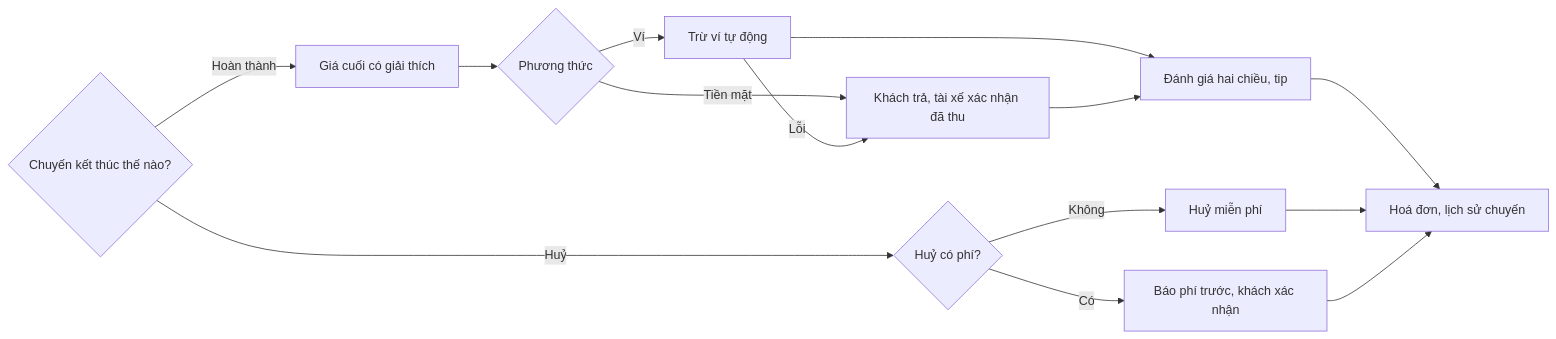
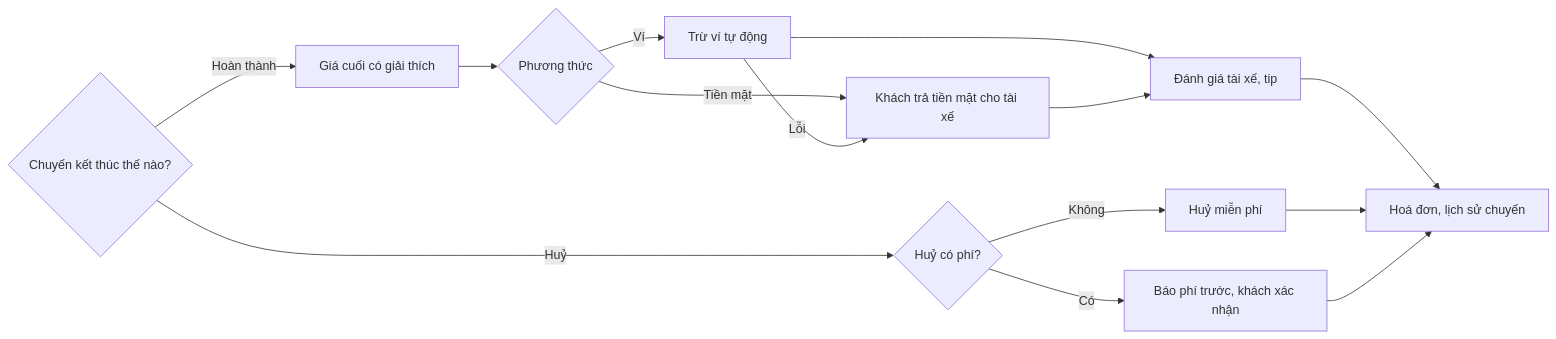
The fifth of 5 diagrams in docs/PRD.md (uxfoundation-vn/de05-dat-xe-cho-khach), drawn with Mermaid before and after one commit. The commit also changed other lines of this file and 2 other files, not shown here.

First line of the commit message:
Đề 5: chỉ giữ luồng của khách

````diff
--- a/docs/PRD.md
+++ b/docs/PRD.md
@@ -331,16 +314,16 @@
 ```mermaid
 flowchart LR
   A{"Chuyến kết thúc thế nào?"} -->|Hoàn thành| B["Giá cuối có giải thích"]
   B --> C{"Phương thức"}
   C -->|Ví| D["Trừ ví tự động"]
-  C -->|Tiền mặt| E["Khách trả, tài xế xác nhận đã thu"]
+  C -->|Tiền mặt| E["Khách trả tiền mặt cho tài xế"]
   D -->|Lỗi| E
-  D --> F["Đánh giá hai chiều, tip"]
+  D --> F["Đánh giá tài xế, tip"]
   E --> F
   F --> G["Hoá đơn, lịch sử chuyến"]
   A -->|Huỷ| H{"Huỷ có phí?"}
   H -->|Không| I["Huỷ miễn phí"]
   H -->|Có| J["Báo phí trước, khách xác nhận"]
   I --> G
   J --> G
 ```
````
